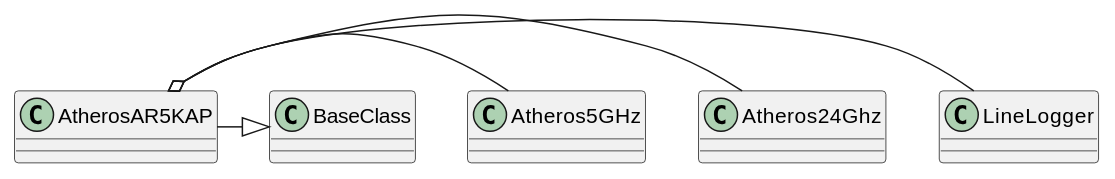
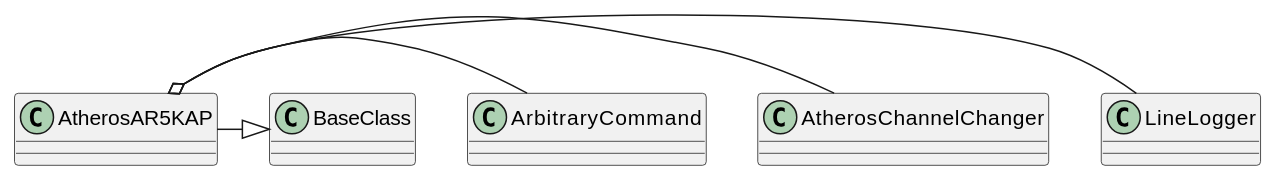
One commit to russell-n/apcommand changed the first of 7 diagrams in apcommand/accesspoints/atheros.rst. Above: the diagram before and after it, drawn with PlantUML. The commit also changed 14 other files, not shown here.

Commit message:
Added an arbitrary command executor

```diff
--- a/apcommand/accesspoints/atheros.rst
+++ b/apcommand/accesspoints/atheros.rst
@@ -27,6 +27,6 @@
 .. uml::
 
    AtherosAR5KAP o- LineLogger
-   AtherosAR5KAP o- Atheros24Ghz
-   AtherosAR5KAP o- Atheros5GHz
+   AtherosAR5KAP o- AtherosChannelChanger
+   AtherosAR5KAP o- ArbitraryCommand   
    AtherosAR5KAP -|> BaseClass
```
